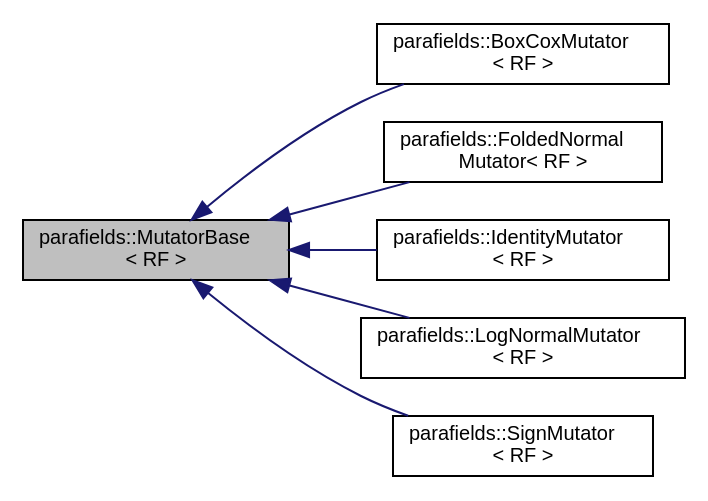
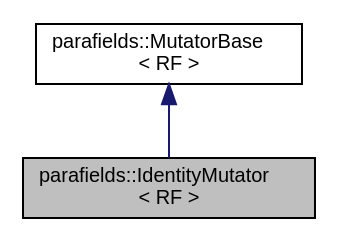
One commit to parafields/parafields-core changed the diagram in a01033.dot. Above: the diagram before and after it, drawn with Graphviz. The commit also changed 251 other files, not shown here.

```diff
--- a/a01033.dot
+++ b/a01033.dot
@@ -1,18 +1,9 @@
-digraph "parafields::MutatorBase&lt; RF &gt;"
+digraph "parafields::IdentityMutator&lt; RF &gt;"
 {
  // LATEX_PDF_SIZE
   edge [fontname="Helvetica",fontsize="10",labelfontname="Helvetica",labelfontsize="10"];
   node [fontname="Helvetica",fontsize="10",shape=record];
-  rankdir="LR";
-  Node1 [label="parafields::MutatorBase\l\< RF \>",height=0.2,width=0.4,color="black", fillcolor="grey75", style="filled", fontcolor="black",tooltip="Abstract base class for value transformations."];
-  Node1 -> Node2 [dir="back",color="midnightblue",fontsize="10",style="solid",fontname="Helvetica"];
-  Node2 [label="parafields::BoxCoxMutator\l\< RF \>",height=0.2,width=0.4,color="black", fillcolor="white", style="filled",URL="$a01054.html",tooltip="Applies the Box-Cox transformation to the data values."];
-  Node1 -> Node3 [dir="back",color="midnightblue",fontsize="10",style="solid",fontname="Helvetica"];
-  Node3 [label="parafields::FoldedNormal\lMutator\< RF \>",height=0.2,width=0.4,color="black", fillcolor="white", style="filled",URL="$a01046.html",tooltip="Absolute value function mutator for folded normal fields."];
-  Node1 -> Node4 [dir="back",color="midnightblue",fontsize="10",style="solid",fontname="Helvetica"];
-  Node4 [label="parafields::IdentityMutator\l\< RF \>",height=0.2,width=0.4,color="black", fillcolor="white", style="filled",URL="$a01038.html",tooltip="Default Identity mutator that leaves its argument unchanged."];
-  Node1 -> Node5 [dir="back",color="midnightblue",fontsize="10",style="solid",fontname="Helvetica"];
-  Node5 [label="parafields::LogNormalMutator\l\< RF \>",height=0.2,width=0.4,color="black", fillcolor="white", style="filled",URL="$a01042.html",tooltip="Exponential function mutator for log-normal fields."];
-  Node1 -> Node6 [dir="back",color="midnightblue",fontsize="10",style="solid",fontname="Helvetica"];
-  Node6 [label="parafields::SignMutator\l\< RF \>",height=0.2,width=0.4,color="black", fillcolor="white", style="filled",URL="$a01050.html",tooltip="Replaces value with its sign (-1 for negative, +1 for nonnegative)"];
+  Node1 [label="parafields::IdentityMutator\l\< RF \>",height=0.2,width=0.4,color="black", fillcolor="grey75", style="filled", fontcolor="black",tooltip="Default Identity mutator that leaves its argument unchanged."];
+  Node2 -> Node1 [dir="back",color="midnightblue",fontsize="10",style="solid",fontname="Helvetica"];
+  Node2 [label="parafields::MutatorBase\l\< RF \>",height=0.2,width=0.4,color="black", fillcolor="white", style="filled",URL="$a01030.html",tooltip="Abstract base class for value transformations."];
 }
```
